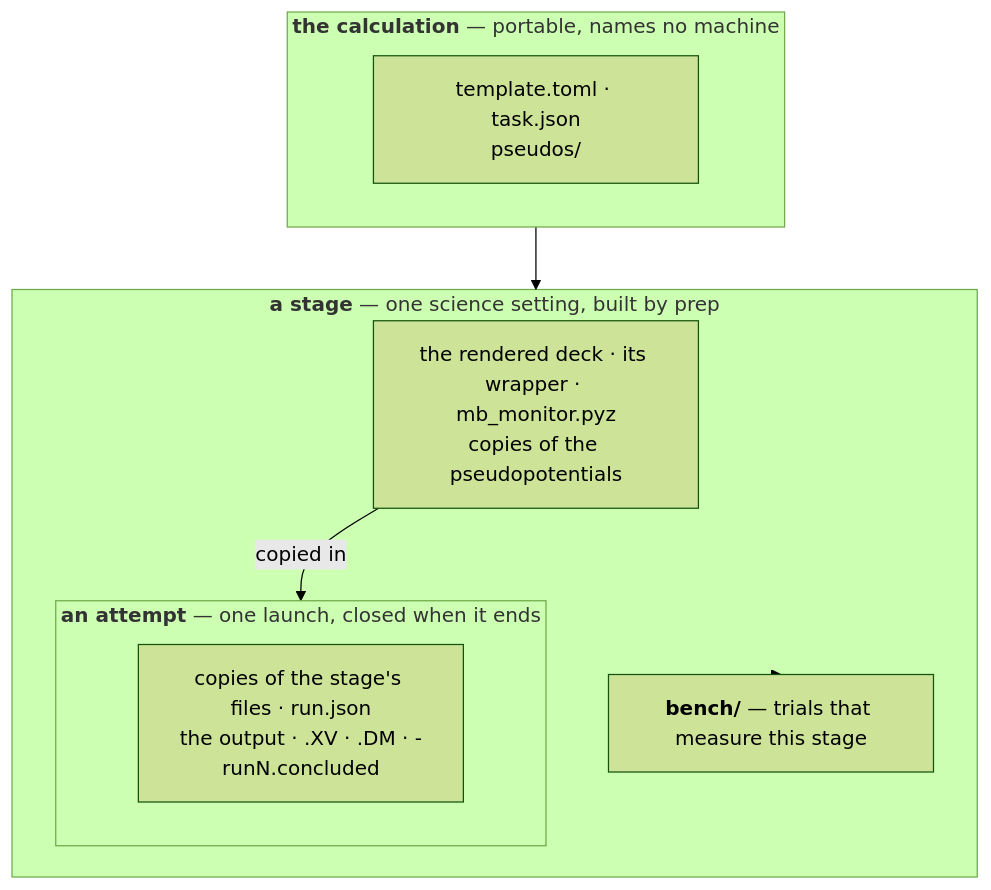
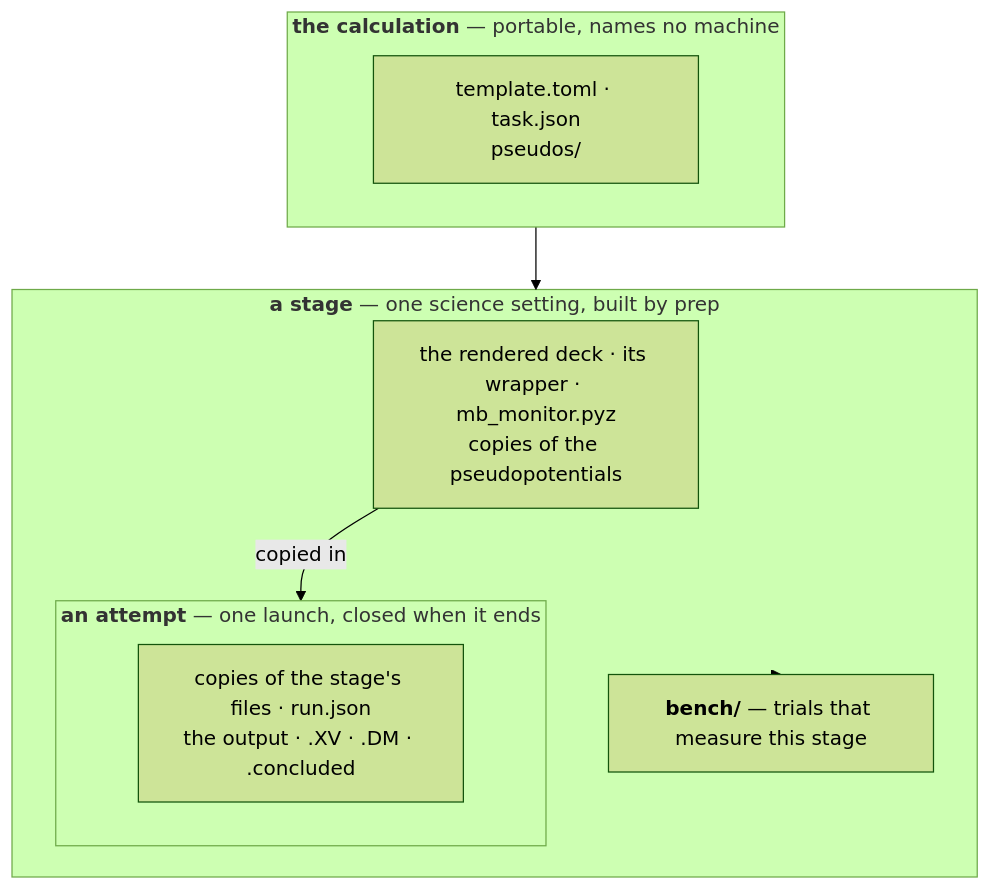
Before and after one commit to Qing-LAB/molbuilder: the second of 8 diagrams in docs/execution/project-layout.md, drawn with Mermaid (forest theme). The commit also changed other lines of this file and 122 other files, not shown here.

````diff
--- a/docs/execution/project-layout.md
+++ b/docs/execution/project-layout.md
@@ -280,16 +278,16 @@
 ```mermaid
 flowchart TB
     subgraph CALC["<b>the calculation</b> — portable, names no machine"]
       T["template.toml · task.json<br/>pseudos/"]
     end
     subgraph ST["<b>a stage</b> — one science setting, built by prep"]
       D["the rendered deck · its wrapper · mb_monitor.pyz<br/>copies of the pseudopotentials"]
       subgraph AT["<b>an attempt</b> — one launch, closed when it ends"]
-        O["copies of the stage's files · run.json<br/>the output · .XV · .DM · -runN.concluded"]
+        O["copies of the stage's files · run.json<br/>the output · .XV · .DM · .concluded"]
       end
       BN["<b>bench/</b> — trials that measure this stage"]
     end
     CALC --> ST
     D -->|"copied in"| AT
     ST -.-> BN
 ```
````
